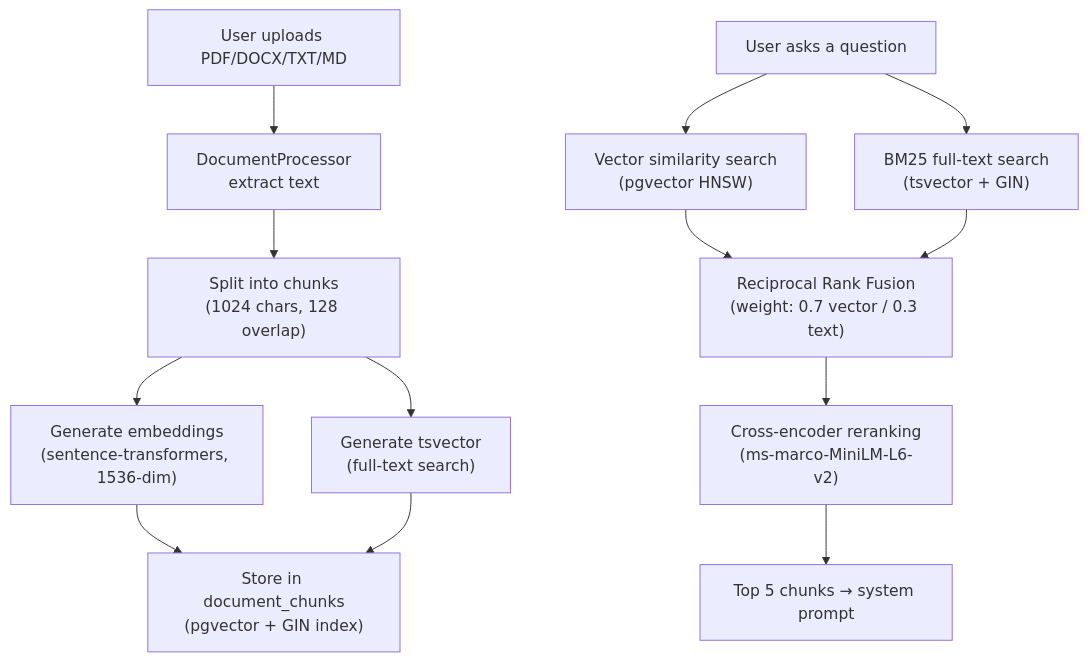
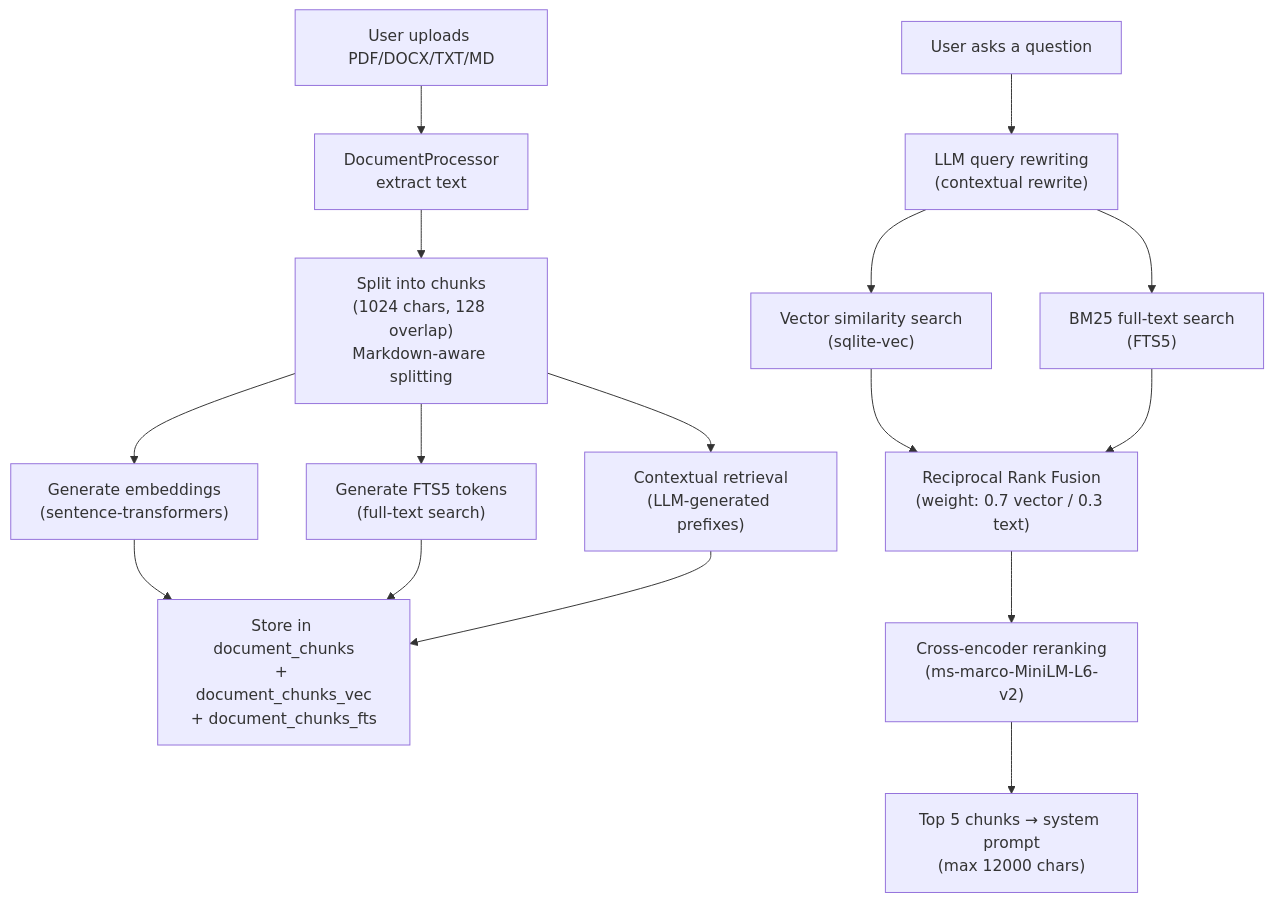
Before and after one commit to Jimmy6929/Molebie_AI: the sixth of 12 diagrams in full_system_architecture_map_730d3d3f.plan.md, drawn with Mermaid. The commit also changed other lines of this file, not shown here.

First line of the commit message:
Replace Supabase with SQLite & add memories

````diff
--- a/full_system_architecture_map_730d3d3f.plan.md
+++ b/full_system_architecture_map_730d3d3f.plan.md
@@ -240,25 +268,29 @@
 ```mermaid
 flowchart TD
     Upload["User uploads PDF/DOCX/TXT/MD"]
     Extract["DocumentProcessor\nextract text"]
-    Chunk["Split into chunks\n(1024 chars, 128 overlap)"]
-    Embed["Generate embeddings\n(sentence-transformers, 1536-dim)"]
-    BM25["Generate tsvector\n(full-text search)"]
-    Store["Store in document_chunks\n(pgvector + GIN index)"]
+    Chunk["Split into chunks\n(1024 chars, 128 overlap)\nMarkdown-aware splitting"]
+    Embed["Generate embeddings\n(sentence-transformers)"]
+    FTS["Generate FTS5 tokens\n(full-text search)"]
+    Context["Contextual retrieval\n(LLM-generated prefixes)"]
+    Store["Store in document_chunks\n+ document_chunks_vec\n+ document_chunks_fts"]
 
     Upload --> Extract --> Chunk --> Embed --> Store
-    Chunk --> BM25 --> Store
+    Chunk --> FTS --> Store
+    Chunk --> Context --> Store
 
     Query["User asks a question"]
-    VecSearch["Vector similarity search\n(pgvector HNSW)"]
-    TextSearch["BM25 full-text search\n(tsvector + GIN)"]
+    Rewrite["LLM query rewriting\n(contextual rewrite)"]
+    VecSearch["Vector similarity search\n(sqlite-vec)"]
+    TextSearch["BM25 full-text search\n(FTS5)"]
     RRF["Reciprocal Rank Fusion\n(weight: 0.7 vector / 0.3 text)"]
     Rerank["Cross-encoder reranking\n(ms-marco-MiniLM-L6-v2)"]
-    Context["Top 5 chunks → system prompt"]
+    TopK["Top 5 chunks → system prompt\n(max 12000 chars)"]
 
-    Query --> VecSearch
-    Query --> TextSearch
+    Query --> Rewrite
+    Rewrite --> VecSearch
+    Rewrite --> TextSearch
     VecSearch --> RRF
     TextSearch --> RRF
-    RRF --> Rerank --> Context
+    RRF --> Rerank --> TopK
 ```
````
